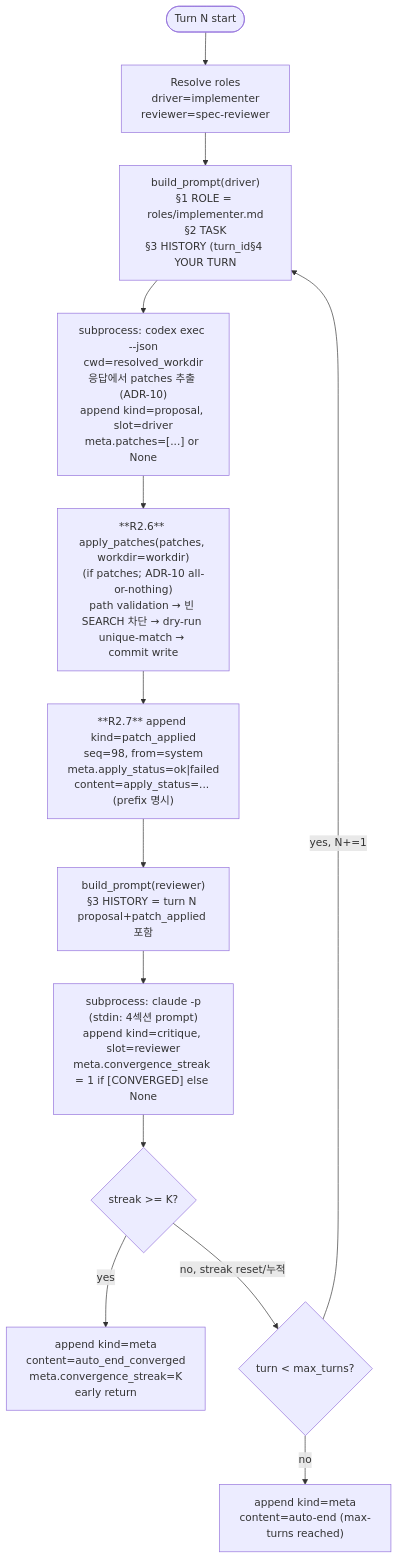
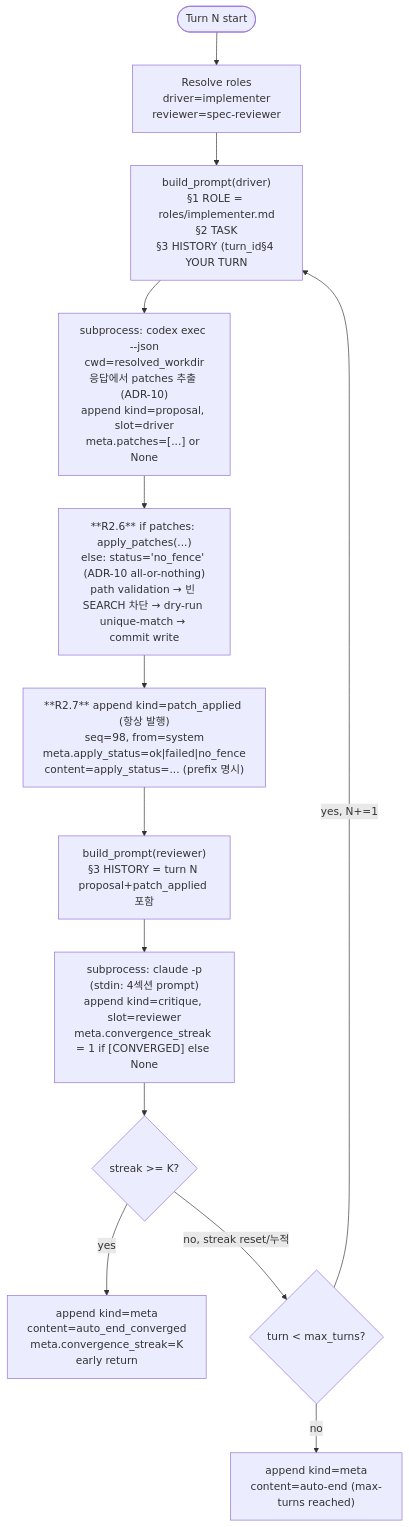
Before and after one commit to shinjw4929/Dialectic-CLI: the diagram in docs/runtime-docs/systems/run-mode.md, drawn with Mermaid. The commit also changed other lines of this file and 8 other files, not shown here.

````diff
--- a/docs/runtime-docs/systems/run-mode.md
+++ b/docs/runtime-docs/systems/run-mode.md
@@ -32,21 +32,21 @@
 ```mermaid
 flowchart TD
     Start(["Turn N start"])
     R0["Resolve roles<br/>driver=implementer<br/>reviewer=spec-reviewer"]
     R1["build_prompt(driver)<br/>§1 ROLE = roles/implementer.md<br/>§2 TASK<br/>§3 HISTORY (turn_id<N)<br/>§4 YOUR TURN"]
     R2["subprocess: codex exec --json<br/>cwd=resolved_workdir<br/>응답에서 patches 추출 (ADR-10)<br/>append kind=proposal, slot=driver<br/>meta.patches=[...] or None"]
-    R26["**R2.6** apply_patches(patches, workdir=workdir)<br/>(if patches; ADR-10 all-or-nothing)<br/>path validation → 빈 SEARCH 차단 → dry-run unique-match → commit write"]
-    R27["**R2.7** append kind=patch_applied<br/>seq=98, from=system<br/>meta.apply_status=ok|failed<br/>content=apply_status=... (prefix 명시)"]
+    R26["**R2.6** if patches: apply_patches(...)<br/>else: status='no_fence' (ADR-10 all-or-nothing)<br/>path validation → 빈 SEARCH 차단 → dry-run unique-match → commit write"]
+    R27["**R2.7** append kind=patch_applied (항상 발행)<br/>seq=98, from=system<br/>meta.apply_status=ok|failed|no_fence<br/>content=apply_status=... (prefix 명시)"]
     R3["build_prompt(reviewer)<br/>§3 HISTORY = turn N proposal+patch_applied 포함"]
     R4["subprocess: claude -p<br/>(stdin: 4섹션 prompt)<br/>append kind=critique, slot=reviewer<br/>meta.convergence_streak = 1 if [CONVERGED] else None"]
     R5{"streak >= K?"}
     R6["append kind=meta<br/>content=auto_end_converged<br/>meta.convergence_streak=K<br/>early return"]
     R7{"turn < max_turns?"}
     R8["append kind=meta<br/>content=auto-end (max-turns reached)"]
 
     Start --> R0 --> R1 --> R2 --> R26 --> R27 --> R3 --> R4 --> R5
     R5 -- yes --> R6
     R5 -- no, streak reset/누적 --> R7
     R7 -- yes, N+=1 --> R1
     R7 -- no --> R8
 ```
````
